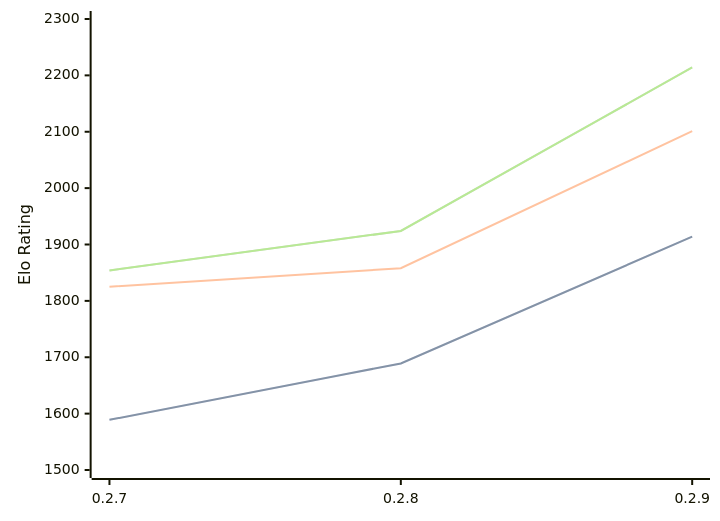
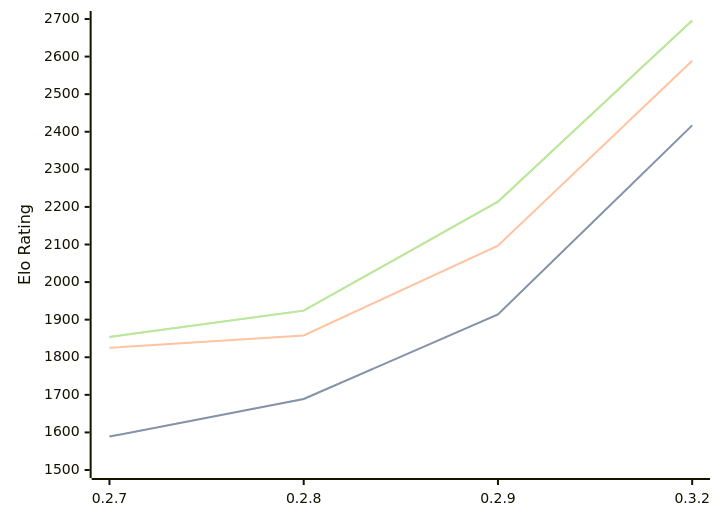
Before and after one commit to computer-chess-index/cci: the first of 3 diagrams in engines/Dual.md, drawn with Mermaid. The commit also changed other lines of this file, not shown here.

Commit message:
Update CCI Ratings (ELO VLTC) - 2026-07-08

````diff
--- a/engines/Dual.md
+++ b/engines/Dual.md
@@ -44,11 +44,11 @@
 ```mermaid
 %%{init: {"theme":"base","themeVariables":{"seriesColors:['#a3a3a3','#222221','#faa371']}}}%%
 xychart-beta
-  x-axis ["0.2.7", "0.2.8", "0.2.9"]
-  y-axis "Elo Rating" 1500 --> 2300
-  line "STC (8.0+0.08s)" [1589, 1689, 1914]
-  line "STC (8.0+0.08s)" [1589, 1689, 1914]
-  line "LTC (60.0+0.60s)" [1825, 1858, 2101]
-  line "VLTC (2m24s+1.12s)" [1854, 1924, 2214]
-  line "VLTC (2m24s+1.12s)" [1854, 1924, 2214]
+  x-axis ["0.2.7", "0.2.8", "0.2.9", "0.3.2"]
+  y-axis "Elo Rating" 1500 --> 2700
+  line "STC (8.0+0.08s)" [1589, 1689, 1914, 2417]
+  line "STC (8.0+0.08s)" [1589, 1689, 1914, 2417]
+  line "LTC (60.0+0.60s)" [1825, 1858, 2097, 2589]
+  line "VLTC (2m24s+1.12s)" [1854, 1924, 2214, 2696]
+  line "VLTC (2m24s+1.12s)" [1854, 1924, 2214, 2696]
 ```
````
